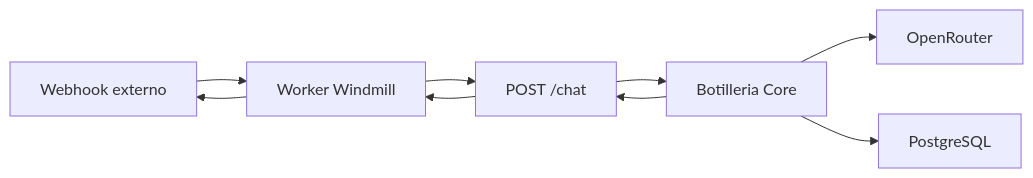
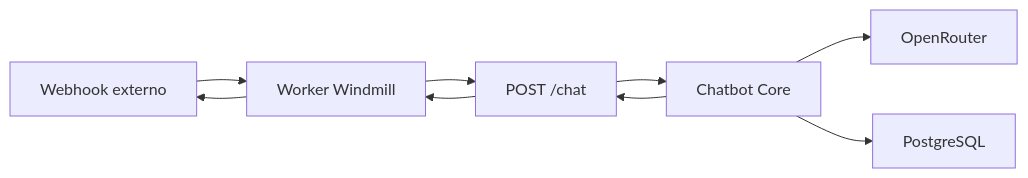
Before and after one commit to babaorere/chatbot: the third of 5 diagrams in core/README.md, drawn with Mermaid. The commit also changed other lines of this file and 38 other files, not shown here.

Commit message:
refactor: generalize project naming from botilleria to chatbot core

````diff
--- a/core/README.md
+++ b/core/README.md
@@ -386,11 +386,11 @@
 ```mermaid
 flowchart LR
     A[Webhook externo] --> B[Worker Windmill]
     B --> C[POST /chat]
-    C --> D[Botilleria Core]
+    C --> D[Chatbot Core]
     D --> E[OpenRouter]
     D --> F[PostgreSQL]
     D --> C
     C --> B
     B --> A
 ```
````
